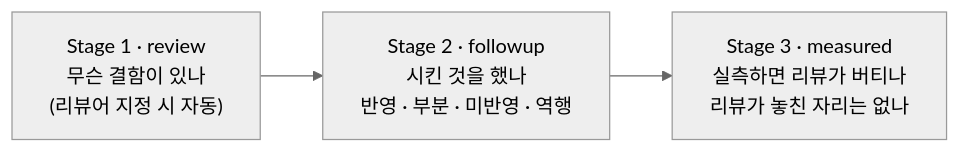
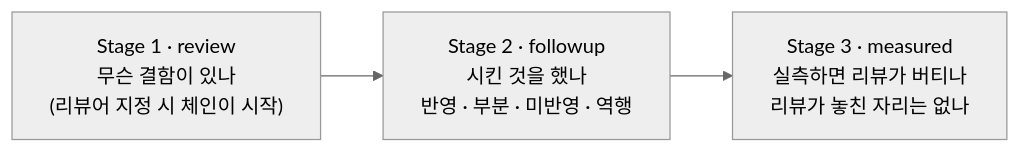
The third of 4 diagrams in tools/pr-eval/README.md (thswlsqls/tech-n-ai-backend), drawn with Mermaid (neutral theme) before and after one commit. The commit also changed other lines of this file and 7 other files, not shown here.

````diff
--- a/tools/pr-eval/README.md
+++ b/tools/pr-eval/README.md
@@ -134,7 +134,7 @@
 ```mermaid
 flowchart LR
-  S1["Stage 1 · review<br/>무슨 결함이 있나<br/>(리뷰어 지정 시 자동)"]
+  S1["Stage 1 · review<br/>무슨 결함이 있나<br/>(리뷰어 지정 시 체인이 시작)"]
   S2["Stage 2 · followup<br/>시킨 것을 했나<br/>반영 · 부분 · 미반영 · 역행"]
   S3["Stage 3 · measured<br/>실측하면 리뷰가 버티나<br/>리뷰가 놓친 자리는 없나"]
   S1 --> S2 --> S3
 ```
````
